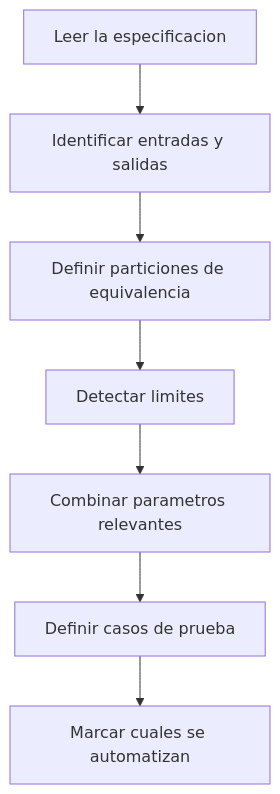
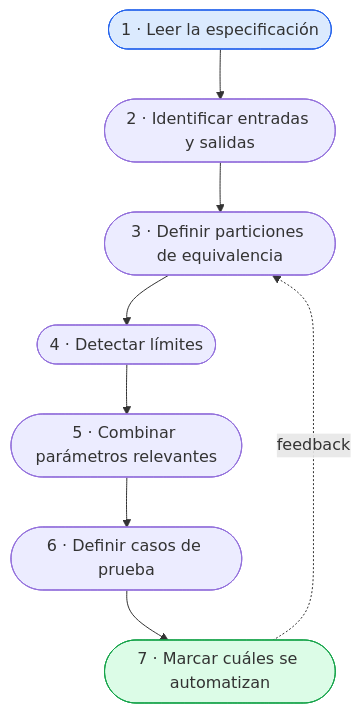
Before and after one commit to joshuacba08/qa-engineering-book: the third of 7 diagrams in parte1-pensar-como-qa/02-diseno-de-tests.md, drawn with Mermaid. The commit also changed other lines of this file and 1 other file, not shown here.

````diff
--- a/parte1-pensar-como-qa/02-diseno-de-tests.md
+++ b/parte1-pensar-como-qa/02-diseno-de-tests.md
@@ -164,9 +199,12 @@
 ```mermaid
-graph TD
-    A[Leer la especificacion] --> B[Identificar entradas y salidas]
-    B --> C[Definir particiones de equivalencia]
-    C --> D[Detectar limites]
-    D --> E[Combinar parametros relevantes]
-    E --> F[Definir casos de prueba]
-    F --> G[Marcar cuales se automatizan]
+flowchart TD
+    A([1 · Leer la especificación]) --> B([2 · Identificar entradas y salidas])
+    B --> C([3 · Definir particiones de equivalencia])
+    C --> D([4 · Detectar límites])
+    D --> E([5 · Combinar parámetros relevantes])
+    E --> F([6 · Definir casos de prueba])
+    F --> G([7 · Marcar cuáles se automatizan])
+    G -.feedback.-> C
+    style A fill:#dbeafe,stroke:#2563eb
+    style G fill:#dcfce7,stroke:#16a34a
 ```
````
